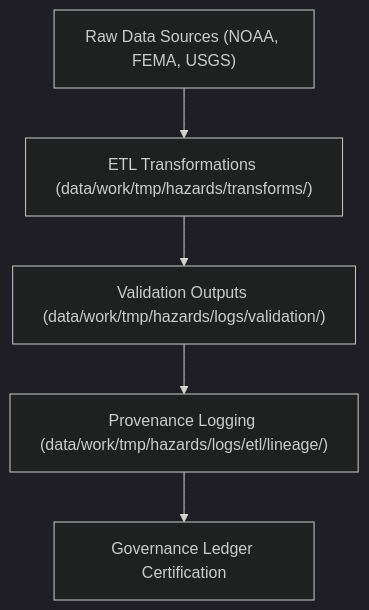
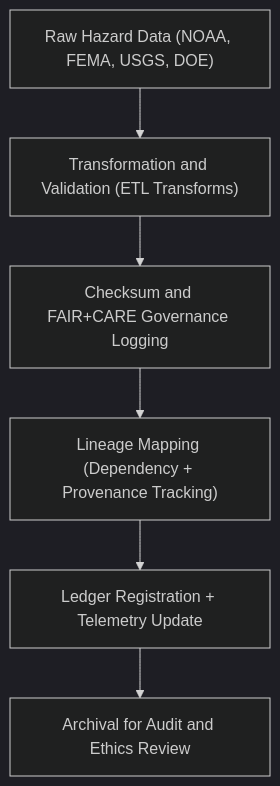
One commit to bartytime4life/Kansas-Frontier-Matrix changed the diagram in data/work/tmp/hazards/logs/etl/lineage/README.md. Above: the diagram before and after it, drawn with Mermaid (dark theme). The commit also changed other lines of this file, not shown here.

````diff
--- a/data/work/tmp/hazards/logs/etl/lineage/README.md
+++ b/data/work/tmp/hazards/logs/etl/lineage/README.md
@@ -62,7 +69,8 @@
 ```mermaid
 flowchart TD
-    A["Raw Data Sources (NOAA, FEMA, USGS)"] --> B["ETL Transformations (data/work/tmp/hazards/transforms/)"]
-    B --> C["Validation Outputs (data/work/tmp/hazards/logs/validation/)"]
-    C --> D["Provenance Logging (data/work/tmp/hazards/logs/etl/lineage/)"]
-    D --> E["Governance Ledger Certification"]
+    A["Raw Hazard Data (NOAA, FEMA, USGS, DOE)"] --> B["Transformation and Validation (ETL Transforms)"]
+    B --> C["Checksum and FAIR+CARE Governance Logging"]
+    C --> D["Lineage Mapping (Dependency + Provenance Tracking)"]
+    D --> E["Ledger Registration + Telemetry Update"]
+    E --> F["Archival for Audit and Ethics Review"]
 ```
````
